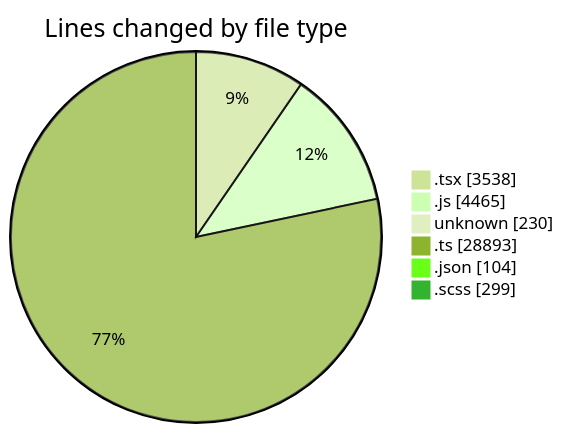
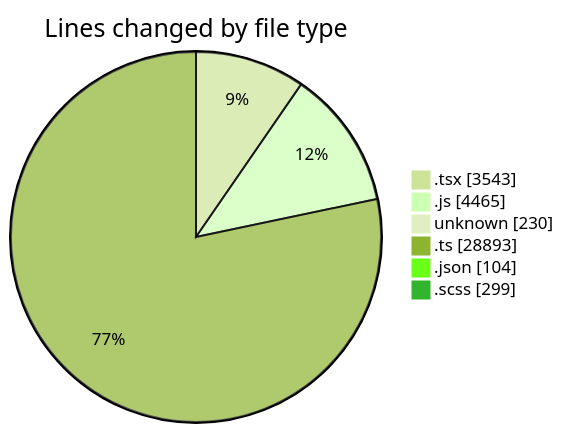
One commit to momahboobian/code-tracking changed the first of 2 diagrams in 2026-05-06/cda/README.md. Above: the diagram before and after it, drawn with Mermaid (forest theme). The commit also changed other lines of this file and 1 other file, not shown here.

````diff
--- a/2026-05-06/cda/README.md
+++ b/2026-05-06/cda/README.md
@@ -82,10 +82,10 @@
 ```mermaid
 pie showData
 title Lines changed by file type
-".tsx" : 3538
+".tsx" : 3543
 ".js" : 4465
 "unknown" : 230
 ".ts" : 28893
 ".json" : 104
 ".scss" : 299
 ```
````
